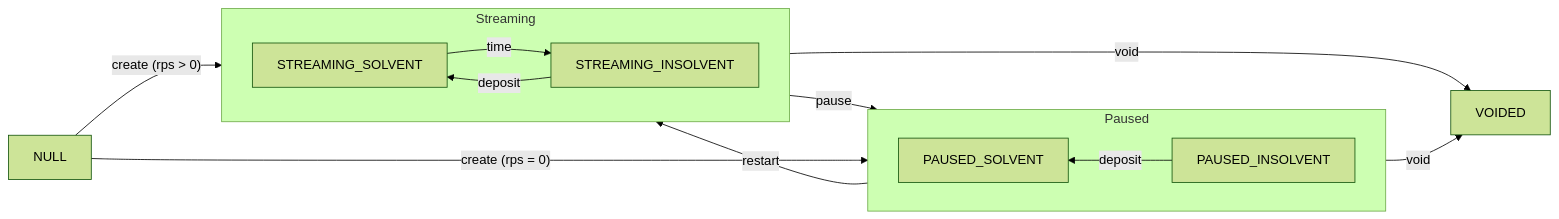
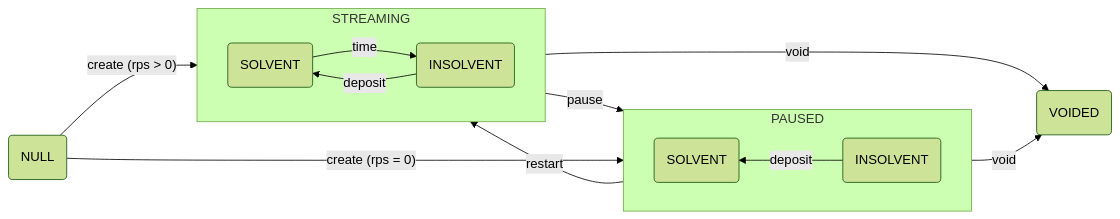
One commit to sablier-labs/docs changed the first of 5 diagrams in docs/concepts/flow/02-statuses.md. Above: the diagram before and after it, drawn with Mermaid (forest theme). The commit also changed other lines of this file and 1 other file, not shown here.

Commit message:
adds function status interaction diagram

````diff
--- a/docs/concepts/flow/02-statuses.md
+++ b/docs/concepts/flow/02-statuses.md
@@ -34,28 +34,28 @@
 ```mermaid
 flowchart LR
-  N[NULL]
-  V[VOIDED]
+  N(NULL)
+  V(VOIDED)
 
-  subgraph Paused
+  subgraph PAUSED
     direction RL
-    PS[PAUSED_SOLVENT]
-    PI[PAUSED_INSOLVENT]
+    PS(SOLVENT)
+    PI(INSOLVENT)
     PI -- "deposit" --> PS
   end
 
-  subgraph Streaming
+  subgraph STREAMING
     direction LR
-    SS[STREAMING_SOLVENT]
-    SI[STREAMING_INSOLVENT]
+    SS(SOLVENT)
+    SI(INSOLVENT)
     SI -- "deposit" --> SS
     SS -- "time" --> SI
   end
 
-  Streaming -- pause --> Paused
-  Streaming -- void --> V
-  Paused -- restart --> Streaming
-  Paused -- void --> V
+  STREAMING -- pause --> PAUSED
+  STREAMING -- void --> V
+  PAUSED -- restart --> STREAMING
+  PAUSED -- void --> V
 
-  N -- create (rps > 0) --> Streaming
-  N -- create (rps = 0) --> Paused
+  N -- create (rps > 0) --> STREAMING
+  N -- create (rps = 0) --> PAUSED
 ```
````
